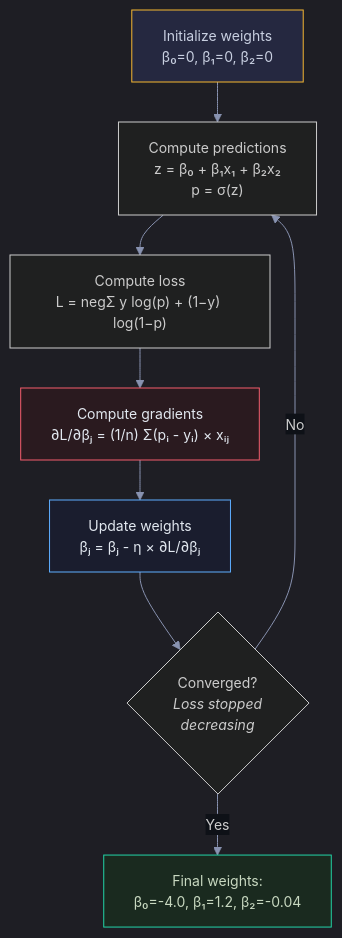
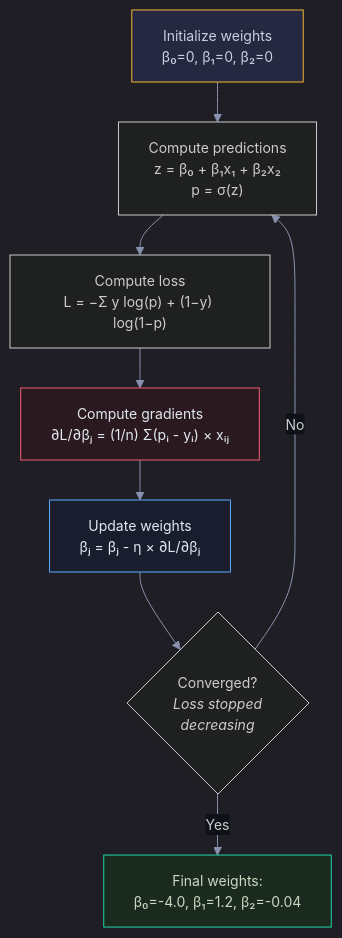
The fourth of 9 diagrams in Documents/Visual_Guides/ML_Concepts/Logistic_Regression_Visual.md (snehith1234/StudyCircle), drawn with Mermaid before and after one commit. The commit also changed other lines of this file and 7 other files, not shown here.

Commit message:
Fix minus/neg in Mermaid: use proper − symbol instead of words

````diff
--- a/Documents/Visual_Guides/ML_Concepts/Logistic_Regression_Visual.md
+++ b/Documents/Visual_Guides/ML_Concepts/Logistic_Regression_Visual.md
@@ -146,16 +146,16 @@
 ```mermaid
 %%{init: {'theme': 'dark', 'themeVariables': {'darkMode': true, 'background': '#0e1117', 'primaryColor': '#1a1d2e', 'primaryTextColor': '#e2e8f0', 'primaryBorderColor': '#2d3148', 'lineColor': '#8892b0', 'secondaryColor': '#252840', 'tertiaryColor': '#1a1d2e', 'fontSize': '14px', 'edgeLabelBackground': '#0e1117'}, 'flowchart': {'nodeSpacing': 30, 'rankSpacing': 40, 'padding': 15, 'htmlLabels': true}}}%%
 graph TD
     INIT["Initialize weights<br/>β₀=0, β₁=0, β₂=0"] --> PREDICT["Compute predictions<br/>z = β₀ + β₁x₁ + β₂x₂<br/>p = σ(z)"]
-    PREDICT --> LOSS["Compute loss<br/>L = negΣ y log(p) + (1−y) log(1−p)"]
+    PREDICT --> LOSS["Compute loss<br/>L = −Σ y log(p) + (1−y) log(1−p)"]
     LOSS --> GRAD["Compute gradients<br/>∂L/∂βⱼ = (1/n) Σ(pᵢ - yᵢ) × xᵢⱼ"]
     GRAD --> UPDATE["Update weights<br/>βⱼ = βⱼ - η × ∂L/∂βⱼ"]
     UPDATE --> CHECK{"Converged?<br/><i>Loss stopped<br/>decreasing</i>"}
     CHECK -->|"No"| PREDICT
     CHECK -->|"Yes"| DONE["Final weights:<br/>β₀=-4.0, β₁=1.2, β₂=-0.04"]
 
     style INIT fill:#252840,stroke:#f5b731,color:#c8cfe0
     style GRAD fill:#2a1a1f,stroke:#f45d6d,color:#e2e8f0
     style UPDATE fill:#1a1d2e,stroke:#5eaeff,color:#e2e8f0
     style DONE fill:#1a2a1f,stroke:#22d3a7,color:#c8d8c0
 ```
````
